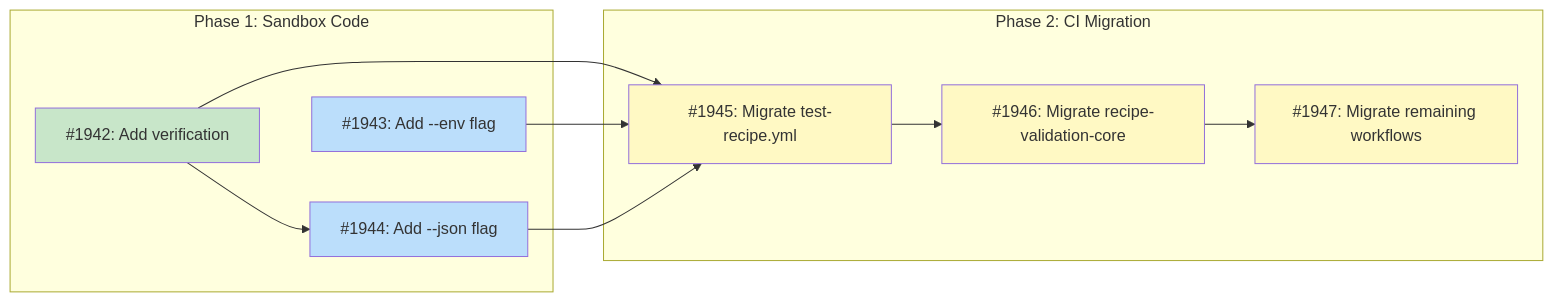
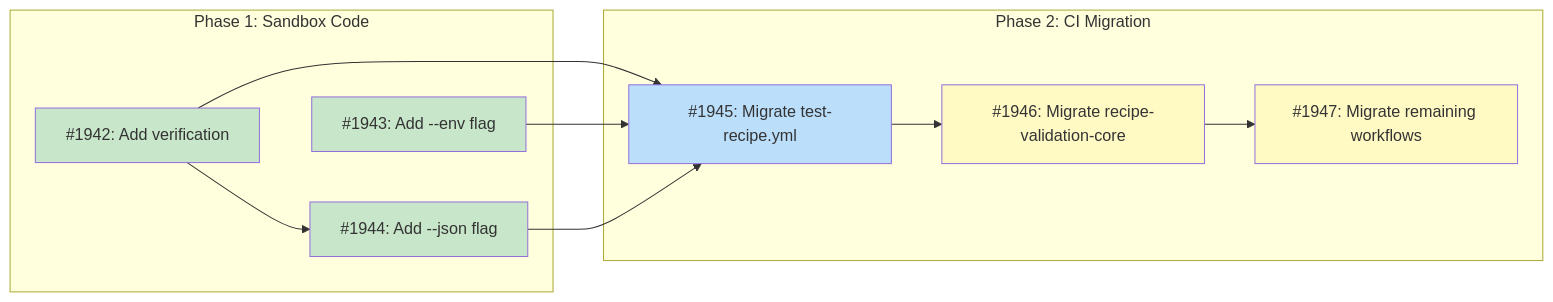
The diagram in docs/designs/DESIGN-sandbox-ci-integration.md (tsukumogami/tsuku), drawn with Mermaid before and after one commit. The commit also changed other lines of this file and 9 other files, not shown here.

````diff
--- a/docs/designs/DESIGN-sandbox-ci-integration.md
+++ b/docs/designs/DESIGN-sandbox-ci-integration.md
@@ -59,32 +59,33 @@
 ```mermaid
 graph LR
     subgraph Phase1["Phase 1: Sandbox Code"]
         I1942["#1942: Add verification"]
         I1943["#1943: Add --env flag"]
         I1944["#1944: Add --json flag"]
     end
 
     subgraph Phase2["Phase 2: CI Migration"]
         I1945["#1945: Migrate test-recipe.yml"]
         I1946["#1946: Migrate recipe-validation-core"]
         I1947["#1947: Migrate remaining workflows"]
     end
 
     I1942 --> I1944
     I1942 --> I1945
     I1943 --> I1945
     I1944 --> I1945
     I1945 --> I1946
     I1946 --> I1947
 
     classDef done fill:#c8e6c9
     classDef ready fill:#bbdefb
     classDef blocked fill:#fff9c4
     classDef needsDesign fill:#e1bee7
     classDef tracksDesign fill:#FFE0B2,stroke:#F57C00,color:#000
 
     class I1942 done
-    class I1943 ready
-    class I1944 ready
-    class I1945,I1946,I1947 blocked
+    class I1943 done
+    class I1944 done
+    class I1945 ready
+    class I1946,I1947 blocked
 ```
````
